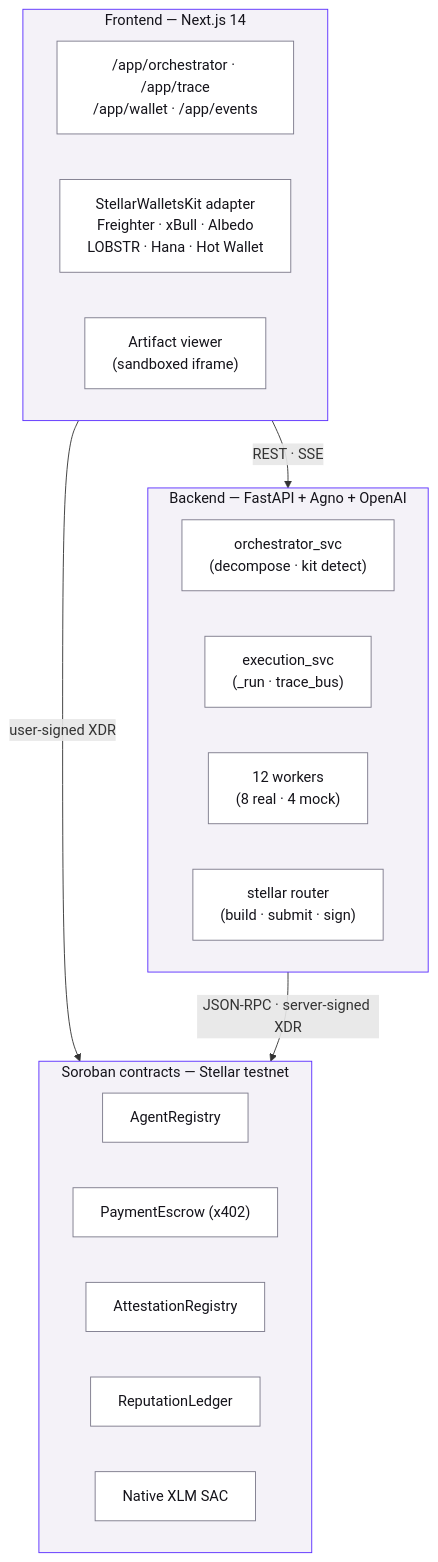
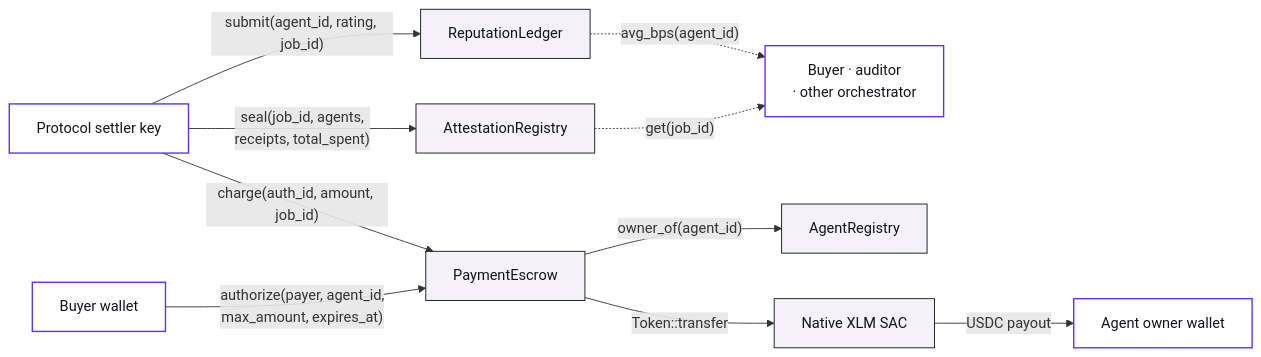
The diagram in figures/figure-3.mmd (Bl0cksmiths/Orizon-Agents-FE-Stellar), drawn with Mermaid before and after one commit. The commit also changed 8 other files, not shown here.

Commit message:
renamed figure files to their caption numbers

```diff
--- a/figures/figure-3.mmd
+++ b/figures/figure-3.mmd
@@ -1,30 +1,22 @@
-flowchart TB
-    subgraph FE["Frontend — Next.js 14"]
-        FERoute["/app/orchestrator · /app/trace<br/>/app/wallet · /app/events"]
-        FEKit["StellarWalletsKit adapter<br/>Freighter · xBull · Albedo<br/>LOBSTR · Hana · Hot Wallet"]
-        FEArt["Artifact viewer<br/>(sandboxed iframe)"]
-    end
+flowchart LR
+    Buyer["Buyer wallet"]
+    Settler["Protocol settler key"]
+    Owner["Agent owner wallet"]
+    Reader["Buyer · auditor<br/>· other orchestrator"]
 
-    subgraph BE["Backend — FastAPI + Agno + OpenAI"]
-        BEOrch["orchestrator_svc<br/>(decompose · kit detect)"]
-        BEExec["execution_svc<br/>(_run · trace_bus)"]
-        BEWork["12 workers<br/>(8 real · 4 mock)"]
-        BEStel["stellar router<br/>(build · submit · sign)"]
-    end
+    Buyer -- "authorize(payer, agent_id,<br/>max_amount, expires_at)" --> PE["PaymentEscrow"]
+    Settler -- "charge(auth_id, amount, job_id)" --> PE
+    PE -- "owner_of(agent_id)" --> AR["AgentRegistry"]
+    PE -- "Token::transfer" --> SAC["Native XLM SAC"]
+    SAC -- "USDC payout" --> Owner
 
-    subgraph SC["Soroban contracts — Stellar testnet"]
-        SCAR["AgentRegistry"]
-        SCPE["PaymentEscrow (x402)"]
-        SCAT["AttestationRegistry"]
-        SCRL["ReputationLedger"]
-        SCAS["Native XLM SAC"]
-    end
+    Settler -- "seal(job_id, agents,<br/>receipts, total_spent)" --> AT["AttestationRegistry"]
+    Settler -- "submit(agent_id, rating, job_id)" --> RL["ReputationLedger"]
 
-    FE -- "REST · SSE" --> BE
-    FE -- "user-signed XDR" --> SC
-    BE -- "JSON-RPC · server-signed XDR" --> SC
+    AT -. "get(job_id)" .-> Reader
+    RL -. "avg_bps(agent_id)" .-> Reader
 
-    classDef layer fill:#F4F2F8,stroke:#5A2EFF,stroke-width:1px,color:#14131A
-    classDef box fill:#FFFFFF,stroke:#7C7A8B,stroke-width:1px,color:#14131A
-    class FE,BE,SC layer
-    class FERoute,FEKit,FEArt,BEOrch,BEExec,BEWork,BEStel,SCAR,SCPE,SCAT,SCRL,SCAS box
+    classDef wallet fill:#FFFFFF,stroke:#5A2EFF,stroke-width:1.5px,color:#14131A
+    classDef contract fill:#F4F2F8,stroke:#14131A,stroke-width:1px,color:#14131A
+    class Buyer,Settler,Owner,Reader wallet
+    class PE,AR,AT,RL,SAC contract
```
